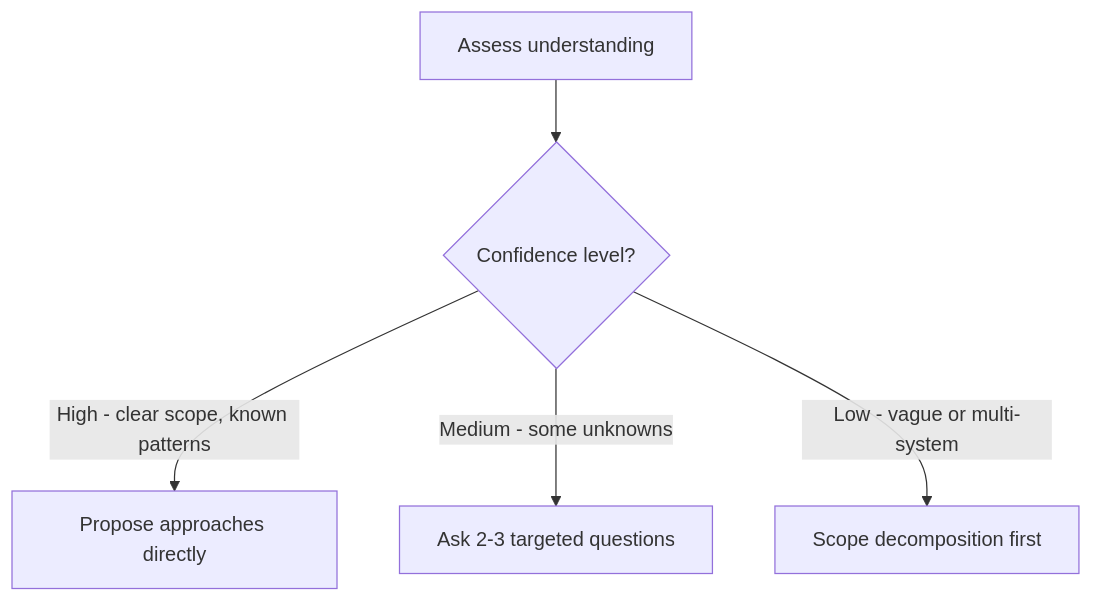
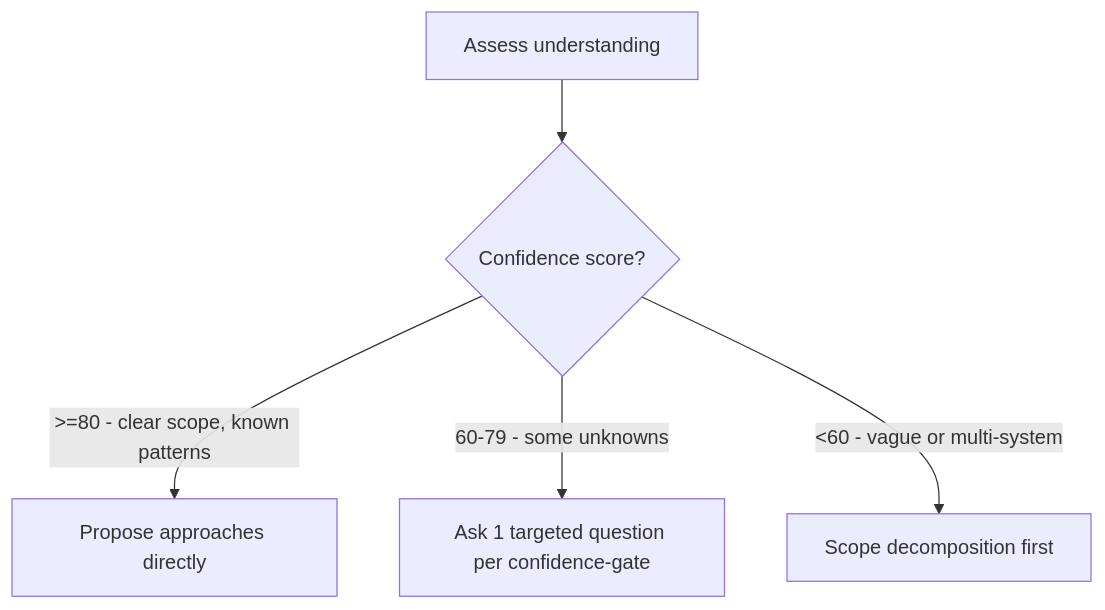
One commit to rryando/SPOC changed the second of 2 diagrams in opencode/spoc/skills/brainstorming/SKILL.md. Above: the diagram before and after it, drawn with Mermaid. The commit also changed other lines of this file and 20 other files, not shown here.

First line of the commit message:
feat(prompts): add confidence-gate skill

````diff
--- a/opencode/spoc/skills/brainstorming/SKILL.md
+++ b/opencode/spoc/skills/brainstorming/SKILL.md
@@ -46,7 +48,7 @@
 ```mermaid
 flowchart TD
-    Q[Assess understanding] --> R{Confidence level?}
-    R -->|High - clear scope, known patterns| S[Propose approaches directly]
-    R -->|Medium - some unknowns| T[Ask 2-3 targeted questions]
-    R -->|Low - vague or multi-system| U[Scope decomposition first]
+    Q[Assess understanding] --> R{Confidence score?}
+    R -->|>=80 - clear scope, known patterns| S[Propose approaches directly]
+    R -->|60-79 - some unknowns| T[Ask 1 targeted question per confidence-gate]
+    R -->|<60 - vague or multi-system| U[Scope decomposition first]
 ```
````
